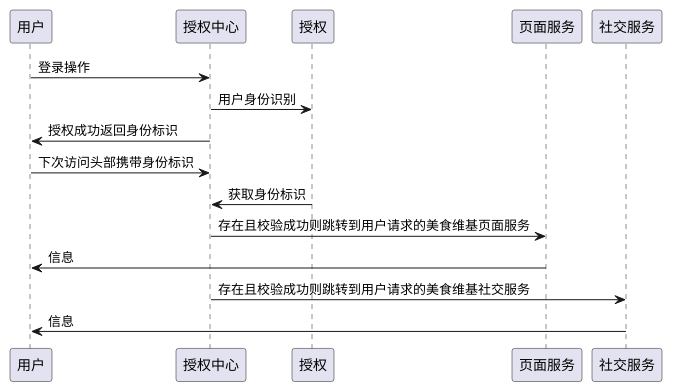
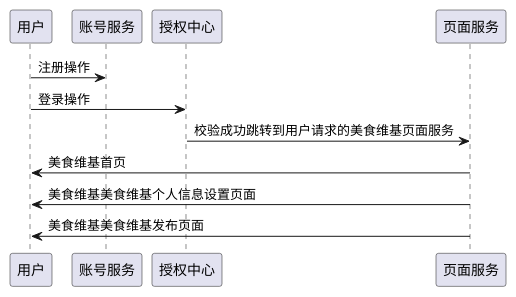
The second of 2 diagrams in README.md (Jocoboy/Food-Wiki-For-Android), drawn with PlantUML before and after one commit. The commit also changed other lines of this file and 11 other files, not shown here.

````diff
--- a/README.md
+++ b/README.md
@@ -72,14 +65,10 @@
 ```plantuml
 @startuml
+用户 ->  账号服务: 注册操作
 用户 ->  授权中心: 登录操作
-授权中心 -> 授权: 用户身份识别
-
-用户 <- 授权中心 : 授权成功返回身份标识
-用户 -> 授权中心: 下次访问头部携带身份标识
-授权中心 <- 授权:获取身份标识
-页面服务 <- 授权中心: 存在且校验成功则跳转到用户请求的美食维基页面服务
-页面服务 -> 用户: 信息
-社交服务 <- 授权中心: 存在且校验成功则跳转到用户请求的美食维基社交服务
-社交服务 -> 用户: 信息
+页面服务 <- 授权中心: 校验成功跳转到用户请求的美食维基页面服务
+页面服务 -> 用户: 美食维基首页
+页面服务 -> 用户: 美食维基美食维基个人信息设置页面
+页面服务 -> 用户: 美食维基美食维基发布页面
 @enduml
 ```
````
